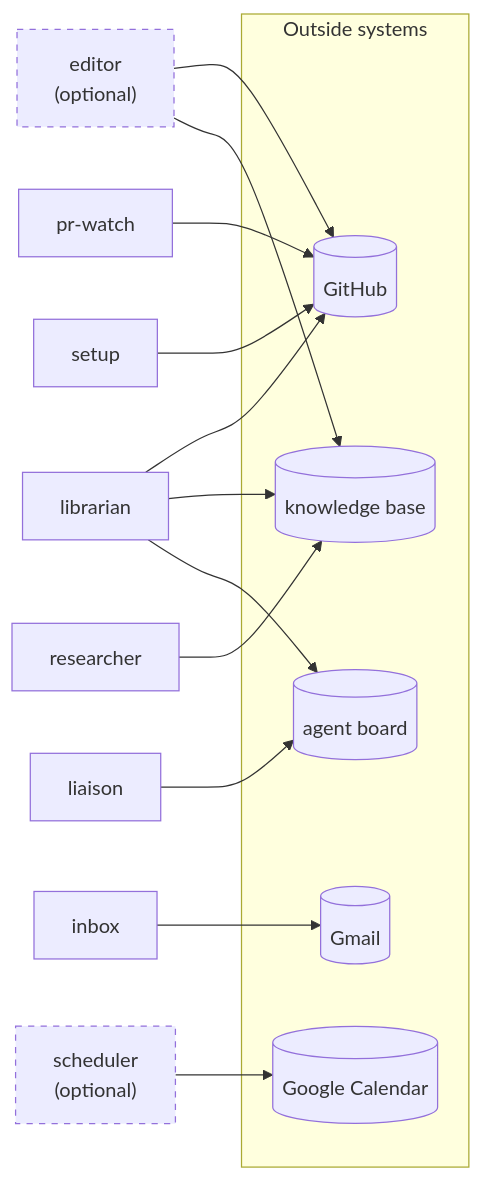
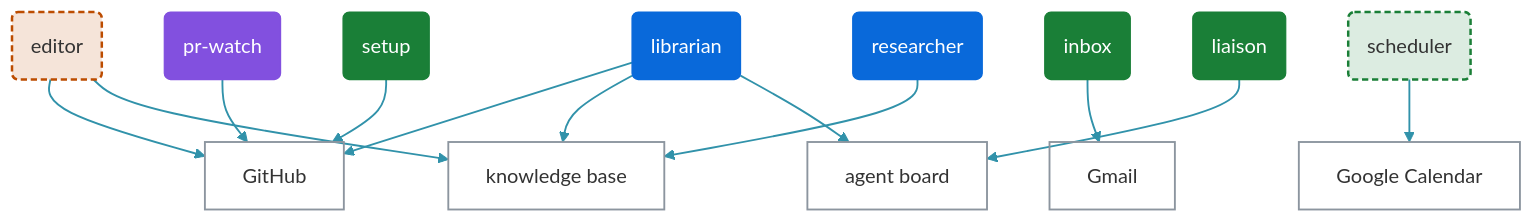
Before and after one commit to dfakkeldy/fakkelbot: the second of 2 diagrams in docs/bot-chart.md, drawn with Mermaid. The commit also changed other lines of this file and 6 other files, not shown here.

First line of the commit message:
feat(scripts): colour the bot chart and draw the schedule as SVG

````diff
--- a/docs/bot-chart.md
+++ b/docs/bot-chart.md
@@ -60,31 +75,41 @@
 ```mermaid
-flowchart LR
-    bot_editor["editor<br/>(optional)"]
-    bot_inbox["inbox"]
-    bot_liaison["liaison"]
-    bot_librarian["librarian"]
-    bot_pr_watch["pr-watch"]
-    bot_researcher["researcher"]
-    bot_scheduler["scheduler<br/>(optional)"]
-    bot_setup["setup"]
-    subgraph outside["Outside systems"]
-        sys_github[("GitHub")]
-        sys_kb[("knowledge base")]
-        sys_board[("agent board")]
-        sys_gmail[("Gmail")]
-        sys_gcal[("Google Calendar")]
-    end
+%%{init: {"flowchart": {"curve": "basis"}}}%%
+flowchart TB
+    bot_editor("editor")
+    bot_inbox("inbox")
+    bot_liaison("liaison")
+    bot_librarian("librarian")
+    bot_pr_watch("pr-watch")
+    bot_researcher("researcher")
+    bot_scheduler("scheduler")
+    bot_setup("setup")
+    sys_github["GitHub"]
+    sys_kb["knowledge base"]
+    sys_board["agent board"]
+    sys_gmail["Gmail"]
+    sys_gcal["Google Calendar"]
     bot_editor --> sys_github
     bot_editor --> sys_kb
     bot_inbox --> sys_gmail
     bot_liaison --> sys_board
     bot_librarian --> sys_github
     bot_librarian --> sys_kb
     bot_librarian --> sys_board
     bot_pr_watch --> sys_github
     bot_researcher --> sys_kb
     bot_scheduler --> sys_gcal
     bot_setup --> sys_github
-    classDef optional stroke-dasharray: 5 5
-    class bot_editor,bot_scheduler optional
+    classDef content_optional fill:#bc4c0026,stroke:#bc4c00,stroke-width:2px,stroke-dasharray:5 3
+    class bot_editor content_optional
+    classDef daily_life fill:#1a7f37,stroke:#1a7f37,color:#ffffff
+    class bot_inbox,bot_liaison,bot_setup daily_life
+    classDef work fill:#0969da,stroke:#0969da,color:#ffffff
+    class bot_librarian,bot_researcher work
+    classDef builders fill:#8250df,stroke:#8250df,color:#ffffff
+    class bot_pr_watch builders
+    classDef daily_life_optional fill:#1a7f3726,stroke:#1a7f37,stroke-width:2px,stroke-dasharray:5 3
+    class bot_scheduler daily_life_optional
+    classDef system fill:transparent,stroke:#8c959f,stroke-width:1.5px
+    class sys_github,sys_kb,sys_board,sys_gmail,sys_gcal system
+    linkStyle 0,1,2,3,4,5,6,7,8,9,10 stroke:#3192aa,stroke-width:1.5px
 ```
````
